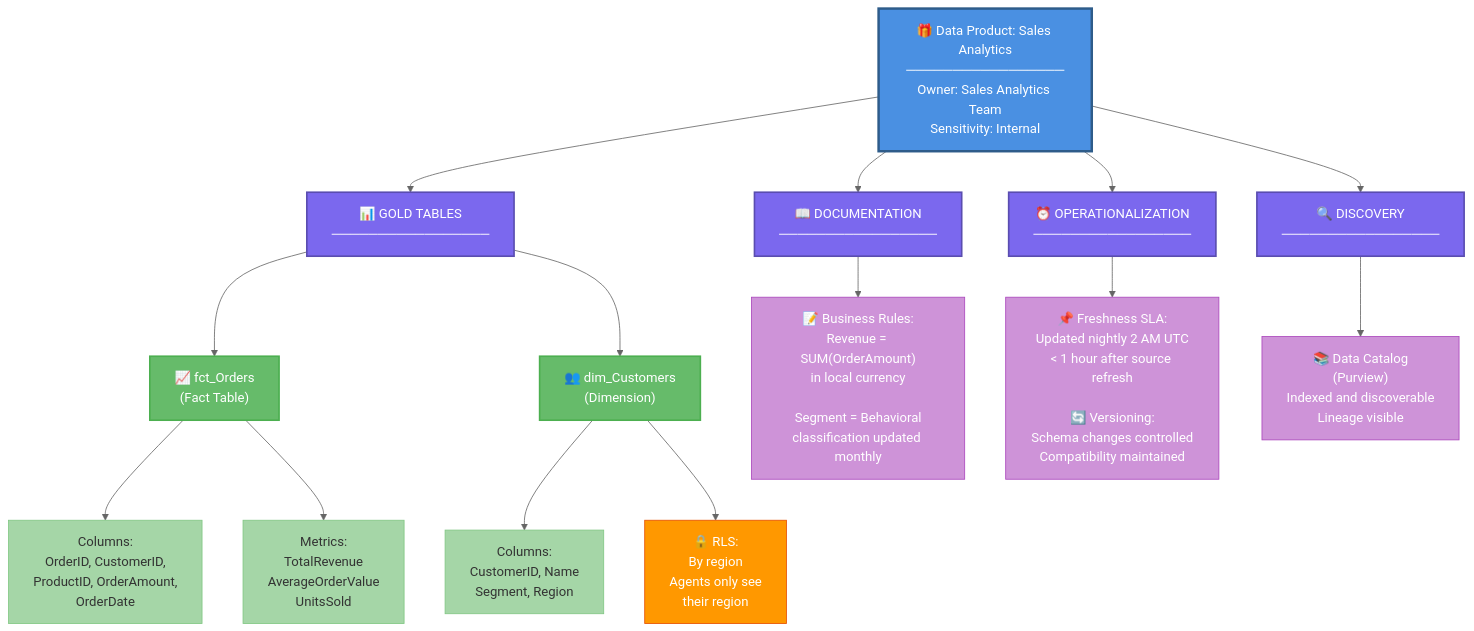
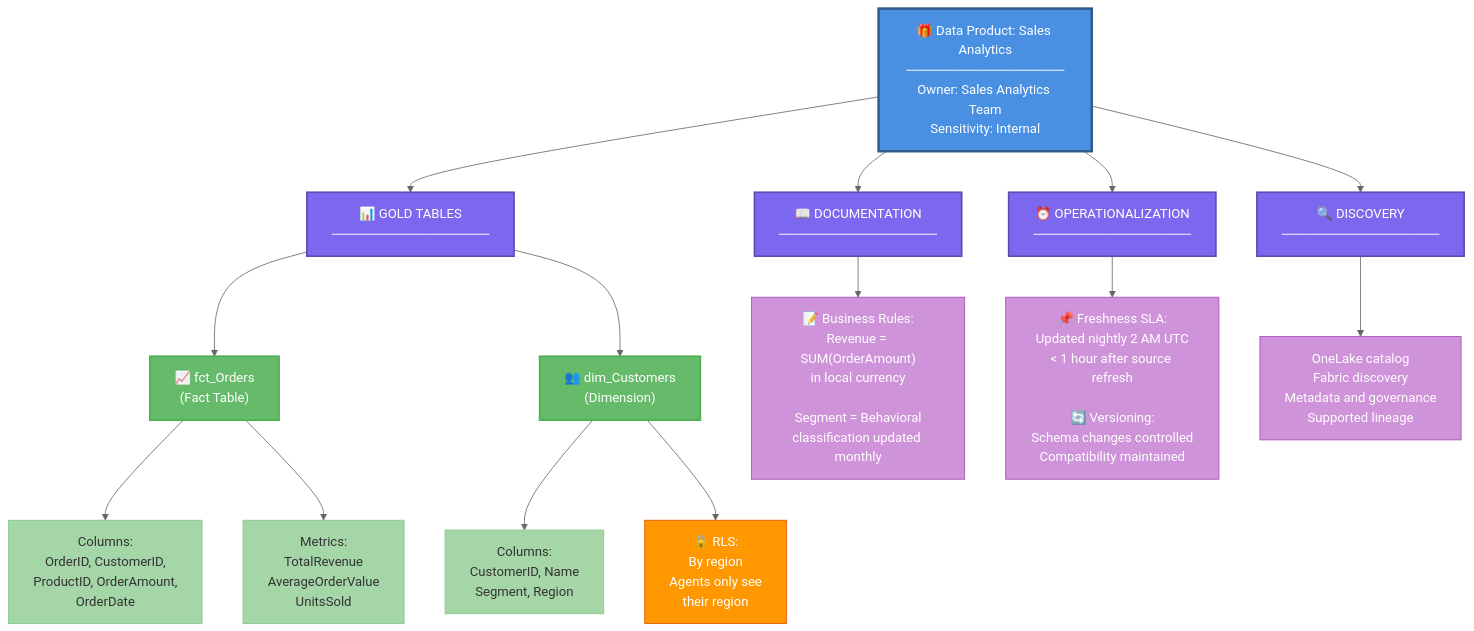
Before and after one commit to fabioharams/hubsp-ai-skill: the first of 5 diagrams in references/02c-fabric-data-products-governance.md, drawn with Mermaid (neutral theme). The commit also changed other lines of this file and 20 other files, not shown here.

````diff
--- a/references/02c-fabric-data-products-governance.md
+++ b/references/02c-fabric-data-products-governance.md
@@ -20,56 +22,56 @@
 ```mermaid
 graph TD
     A["🎁 Data Product: Sales Analytics<br/>─────────────────<br/>Owner: Sales Analytics Team<br/>Sensitivity: Internal"]
     
     B["📊 GOLD TABLES<br/>─────────────────"]
     
     C["📈 fct_Orders<br/>(Fact Table)"]
     C1["Columns:<br/>OrderID, CustomerID,<br/>ProductID, OrderAmount,<br/>OrderDate"]
     C2["Metrics:<br/>TotalRevenue<br/>AverageOrderValue<br/>UnitsSold"]
     
     D["👥 dim_Customers<br/>(Dimension)"]
     D1["Columns:<br/>CustomerID, Name<br/>Segment, Region"]
     D2["🔒 RLS:<br/>By region<br/>Agents only see<br/>their region"]
     
     E["📖 DOCUMENTATION<br/>─────────────────"]
     E1["📝 Business Rules:<br/>Revenue = SUM(OrderAmount)<br/>in local currency<br/><br/>Segment = Behavioral<br/>classification updated monthly"]
     
     F["⏰ OPERATIONALIZATION<br/>─────────────────"]
     F1["📌 Freshness SLA:<br/>Updated nightly 2 AM UTC<br/>&lt; 1 hour after source refresh<br/><br/>🔄 Versioning:<br/>Schema changes controlled<br/>Compatibility maintained"]
     
     G["🔍 DISCOVERY<br/>─────────────────"]
-    G1["📚 Data Catalog<br/>(Purview)<br/>Indexed and discoverable<br/>Lineage visible"]
+    G1["OneLake catalog<br/>Fabric discovery<br/>Metadata and governance<br/>Supported lineage"]
     
     A --> B
     A --> E
     A --> F
     A --> G
     
     B --> C
     B --> D
     
     C --> C1
     C --> C2
     
     D --> D1
     D --> D2
     
     E --> E1
     F --> F1
     G --> G1
     
     style A fill:#4A90E2,stroke:#2E5C8A,color:#fff,stroke-width:3px
     style B fill:#7B68EE,stroke:#5A4DB0,color:#fff,stroke-width:2px
     style C fill:#66BB6A,stroke:#4CAF50,color:#fff,stroke-width:2px
     style C1 fill:#A5D6A7,stroke:#81C784,color:#333
     style C2 fill:#A5D6A7,stroke:#81C784,color:#333
     style D fill:#66BB6A,stroke:#4CAF50,color:#fff,stroke-width:2px
     style D1 fill:#A5D6A7,stroke:#81C784,color:#333
     style D2 fill:#FF9800,stroke:#E65100,color:#fff
     style E fill:#7B68EE,stroke:#5A4DB0,color:#fff,stroke-width:2px
     style E1 fill:#CE93D8,stroke:#AB47BC,color:#fff
     style F fill:#7B68EE,stroke:#5A4DB0,color:#fff,stroke-width:2px
     style F1 fill:#CE93D8,stroke:#AB47BC,color:#fff
     style G fill:#7B68EE,stroke:#5A4DB0,color:#fff,stroke-width:2px
     style G1 fill:#CE93D8,stroke:#AB47BC,color:#fff
 ```
````
